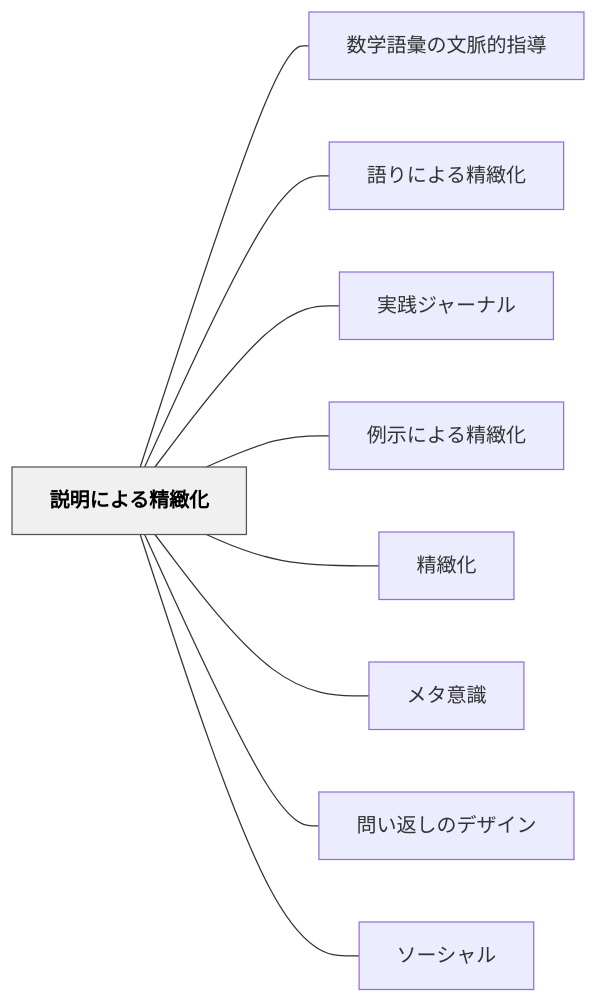
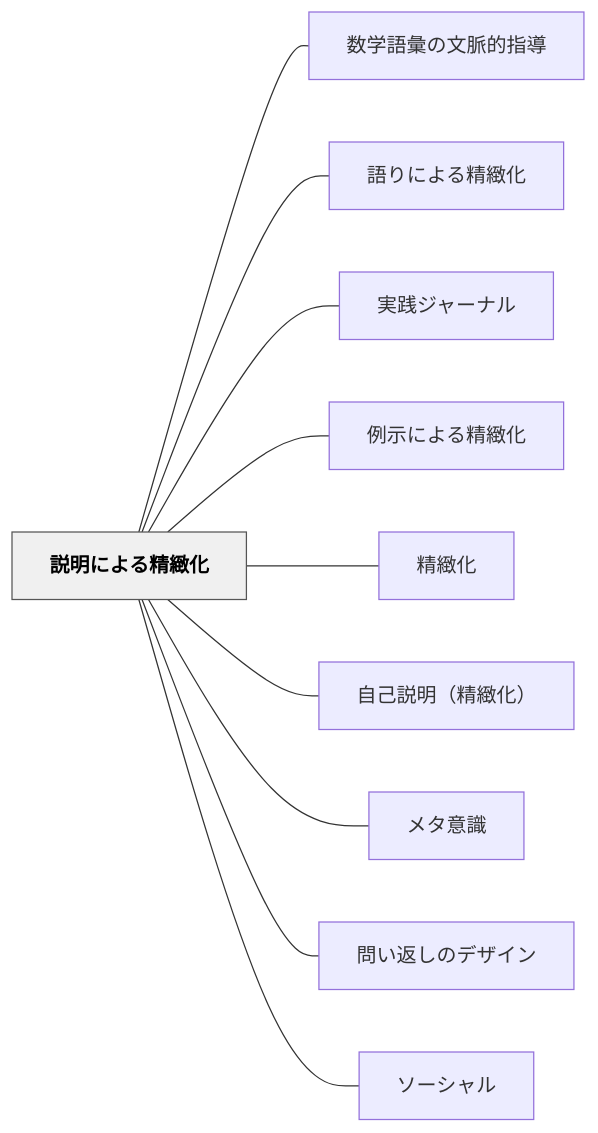
One commit to unknownthings-ed-patterns/unknownthings-ed-patterns changed the diagram in content/パタン/説明による精緻化.md. Above: the diagram before and after it, drawn with Mermaid. The commit also changed other lines of this file and 19 other files, not shown here.

````diff
--- a/content/パタン/説明による精緻化.md
+++ b/content/パタン/説明による精緻化.md
@@ -63,24 +64,26 @@
 ```mermaid
 flowchart LR
     ne8aaace6988ee381abe38288e3828be7b2bee7b7bbe58c96["説明による精緻化"]
     ne695b0e5ada6e8aa9ee5bd99e381aee69687e88488e79a84e68c87e5b08e["数学語彙の文脈的指導"]
     ne8aa9ee3828ae381abe38288e3828be7b2bee7b7bbe58c96["語りによる精緻化"]
     ne5ae9fe8b7b5e382b8e383a3e383bce3838ae383ab["実践ジャーナル"]
     ne4be8be7a4bae381abe38288e3828be7b2bee7b7bbe58c96["例示による精緻化"]
     ne7b2bee7b7bbe58c96["精緻化"]
+    ne887aae5b7b1e8aaace6988eefbc88e7b2bee7b7bbe58c96efbc89["自己説明（精緻化）"]
     ne383a1e382bfe6848fe8ad98["メタ意識"]
     ne5958fe38184e8bf94e38197e381aee38387e382b6e382a4e383b3["問い返しのデザイン"]
     ne382bde383bce382b7e383a3e383ab["ソーシャル"]
 
     ne8aaace6988ee381abe38288e3828be7b2bee7b7bbe58c96 --- ne695b0e5ada6e8aa9ee5bd99e381aee69687e88488e79a84e68c87e5b08e
     ne8aaace6988ee381abe38288e3828be7b2bee7b7bbe58c96 --- ne8aa9ee3828ae381abe38288e3828be7b2bee7b7bbe58c96
     ne8aaace6988ee381abe38288e3828be7b2bee7b7bbe58c96 --- ne5ae9fe8b7b5e382b8e383a3e383bce3838ae383ab
     ne8aaace6988ee381abe38288e3828be7b2bee7b7bbe58c96 --- ne4be8be7a4bae381abe38288e3828be7b2bee7b7bbe58c96
     ne8aaace6988ee381abe38288e3828be7b2bee7b7bbe58c96 --- ne7b2bee7b7bbe58c96
+    ne8aaace6988ee381abe38288e3828be7b2bee7b7bbe58c96 --- ne887aae5b7b1e8aaace6988eefbc88e7b2bee7b7bbe58c96efbc89
     ne8aaace6988ee381abe38288e3828be7b2bee7b7bbe58c96 --- ne383a1e382bfe6848fe8ad98
     ne8aaace6988ee381abe38288e3828be7b2bee7b7bbe58c96 --- ne5958fe38184e8bf94e38197e381aee38387e382b6e382a4e383b3
     ne8aaace6988ee381abe38288e3828be7b2bee7b7bbe58c96 --- ne382bde383bce382b7e383a3e383ab
 
     classDef hub fill:#f0f0f0,stroke:#555,color:#000,font-weight:bold
     class ne8aaace6988ee381abe38288e3828be7b2bee7b7bbe58c96 hub
 ```
````
